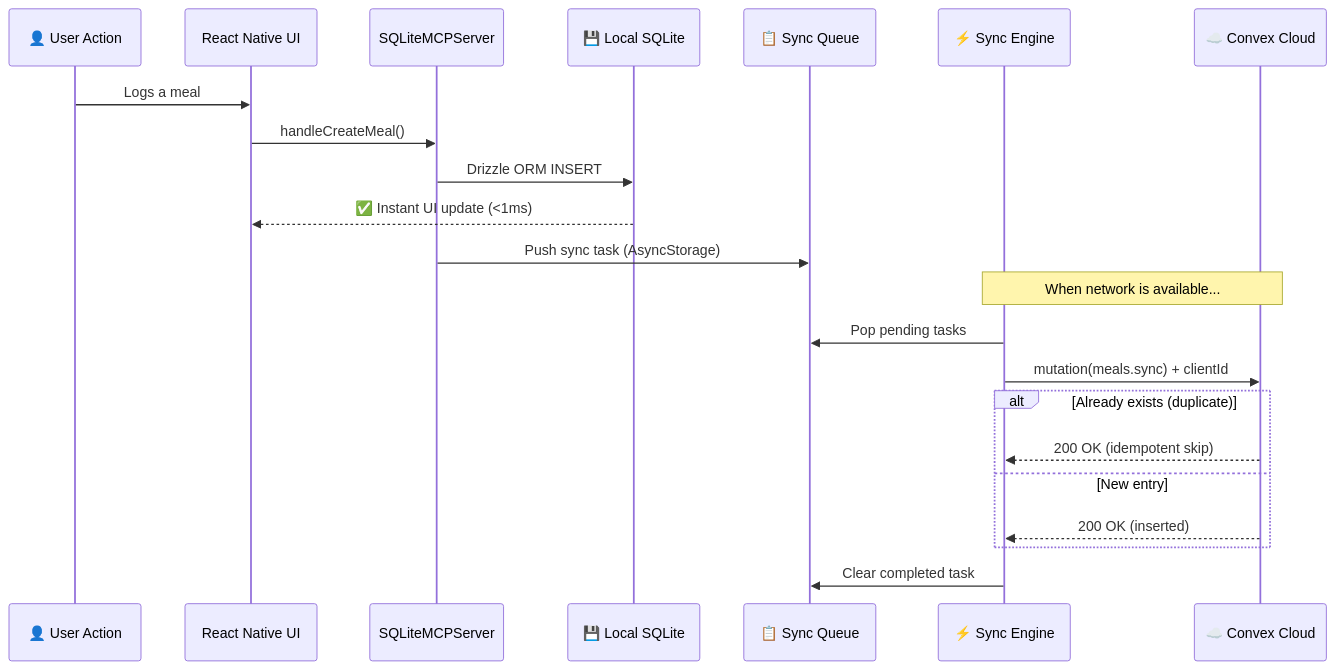
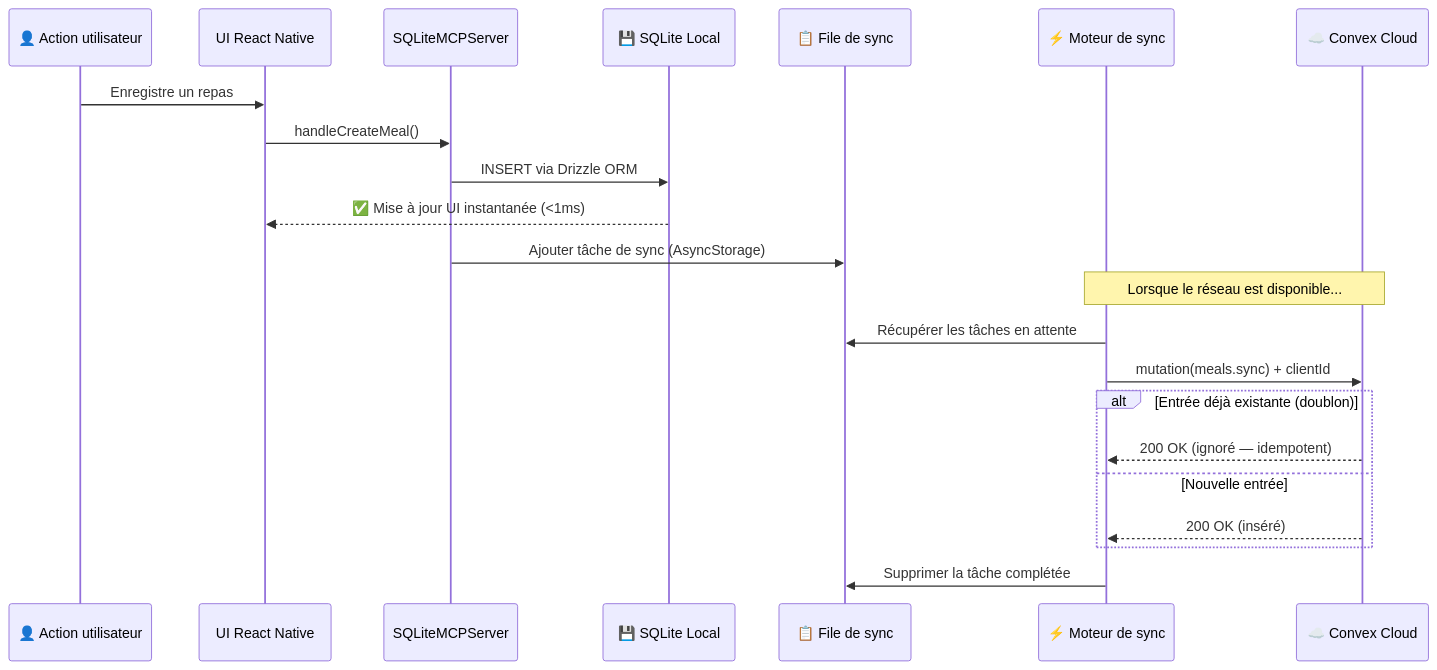
Before and after one commit to Oussama-souissi024/Makelty-architecture-case-study: the second of 7 diagrams in README.md, drawn with Mermaid. The commit also changed other lines of this file and 2 other files, not shown here.

````diff
--- a/README.md
+++ b/README.md
@@ -245,27 +249,27 @@
 ```mermaid
 sequenceDiagram
-    participant User as 👤 User Action
-    participant UI as React Native UI
+    participant User as 👤 Action utilisateur
+    participant UI as UI React Native
     participant MCP as SQLiteMCPServer
-    participant SQLite as 💾 Local SQLite
-    participant Queue as 📋 Sync Queue
-    participant Sync as ⚡ Sync Engine
+    participant SQLite as 💾 SQLite Local
+    participant Queue as 📋 File de sync
+    participant Sync as ⚡ Moteur de sync
     participant Convex as ☁️ Convex Cloud
 
-    User->>UI: Logs a meal
+    User->>UI: Enregistre un repas
     UI->>MCP: handleCreateMeal()
-    MCP->>SQLite: Drizzle ORM INSERT
-    SQLite-->>UI: ✅ Instant UI update (<1ms)
-    MCP->>Queue: Push sync task (AsyncStorage)
+    MCP->>SQLite: INSERT via Drizzle ORM
+    SQLite-->>UI: ✅ Mise à jour UI instantanée (<1ms)
+    MCP->>Queue: Ajouter tâche de sync (AsyncStorage)
 
-    Note over Sync,Convex: When network is available...
+    Note over Sync,Convex: Lorsque le réseau est disponible...
 
-    Sync->>Queue: Pop pending tasks
+    Sync->>Queue: Récupérer les tâches en attente
     Sync->>Convex: mutation(meals.sync) + clientId
-    alt Already exists (duplicate)
-        Convex-->>Sync: 200 OK (idempotent skip)
-    else New entry
-        Convex-->>Sync: 200 OK (inserted)
+    alt Entrée déjà existante (doublon)
+        Convex-->>Sync: 200 OK (ignoré — idempotent)
+    else Nouvelle entrée
+        Convex-->>Sync: 200 OK (inséré)
     end
-    Sync->>Queue: Clear completed task
+    Sync->>Queue: Supprimer la tâche complétée
 ```
````
